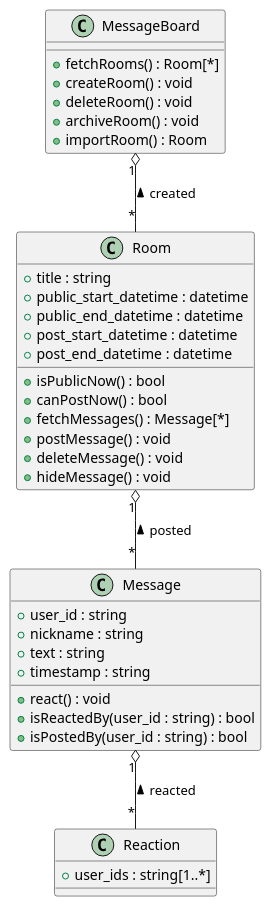
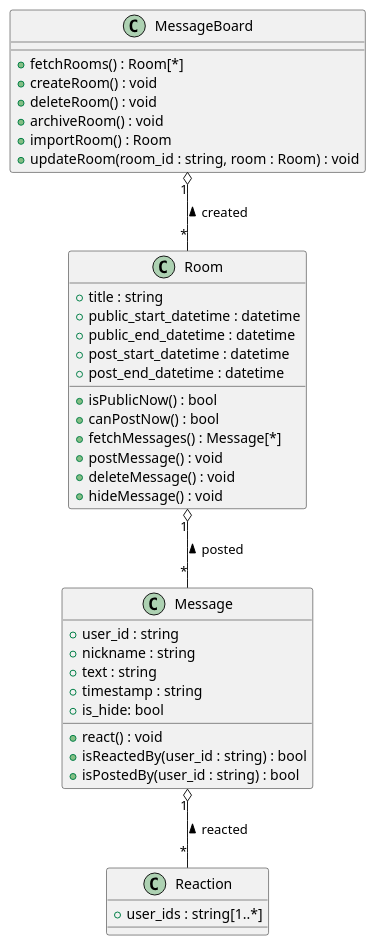
The diagram in system-design/class.pu (okutan0x7CC/message-board), drawn with PlantUML before and after one commit. The commit also changed 2 other files, not shown here.

```diff
--- a/system-design/class.pu
+++ b/system-design/class.pu
@@ -1,42 +1,44 @@
 @startuml class
 
 class MessageBoard {
     + fetchRooms() : Room[*]
     + createRoom() : void
     + deleteRoom() : void
     + archiveRoom() : void
     + importRoom() : Room
+    + updateRoom(room_id : string, room : Room) : void
 }
 
 class Room {
     + title : string
     + public_start_datetime : datetime
     + public_end_datetime : datetime
     + post_start_datetime : datetime
     + post_end_datetime : datetime
     + isPublicNow() : bool
     + canPostNow() : bool
     + fetchMessages() : Message[*]
     + postMessage() : void
     + deleteMessage() : void
     + hideMessage() : void
 }
 MessageBoard "1" o-- "*" Room : created <
 
 class Message {
     + user_id : string
     + nickname : string
     + text : string
     + timestamp : string
+    + is_hide: bool
     + react() : void
     + isReactedBy(user_id : string) : bool
     + isPostedBy(user_id : string) : bool
 }
 Room "1" o-- "*" Message : posted <
 
 class Reaction {
     + user_ids : string[1..*]
 }
 Message "1" o-- "*" Reaction : reacted <
 
 @enduml
```
